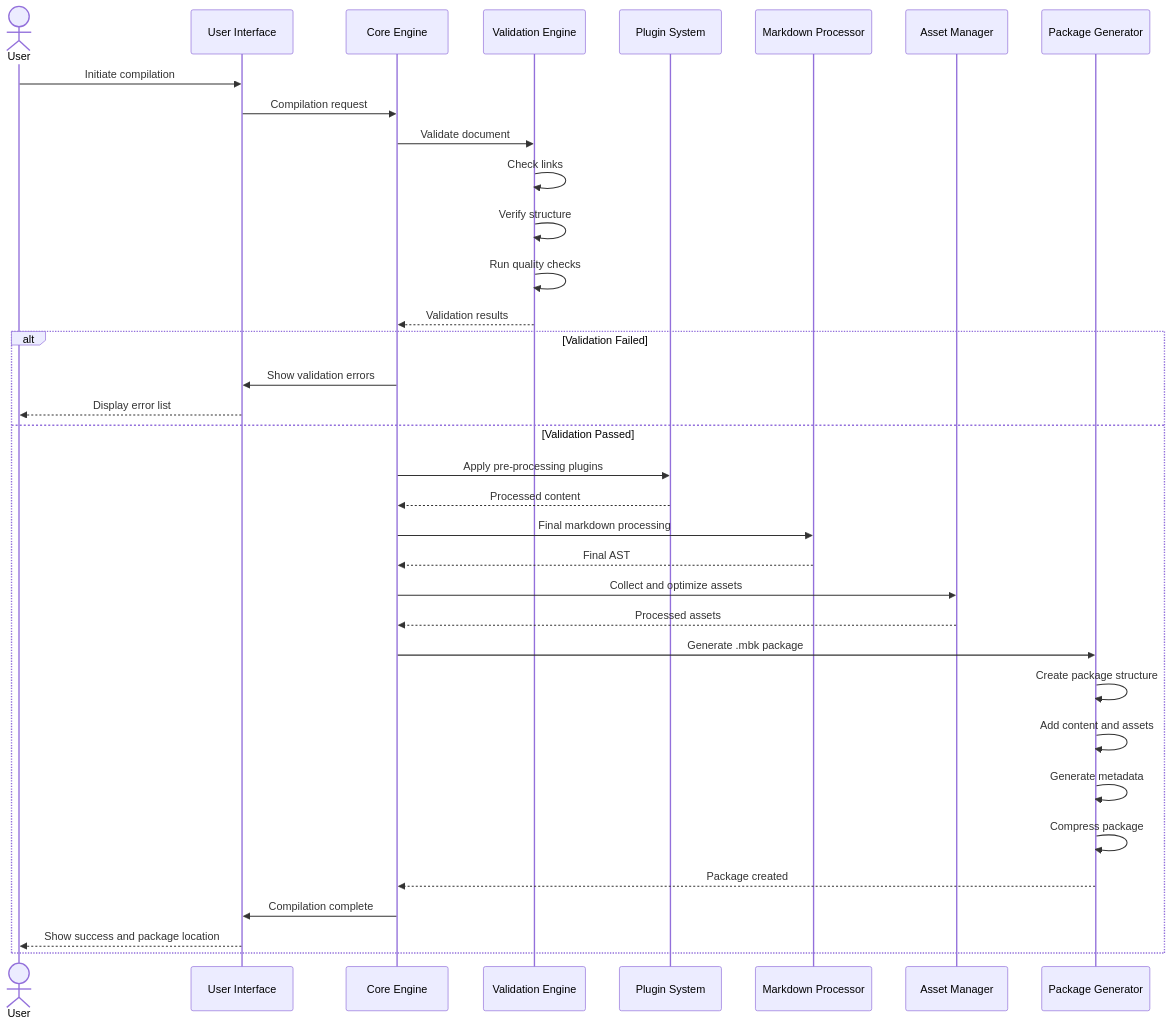
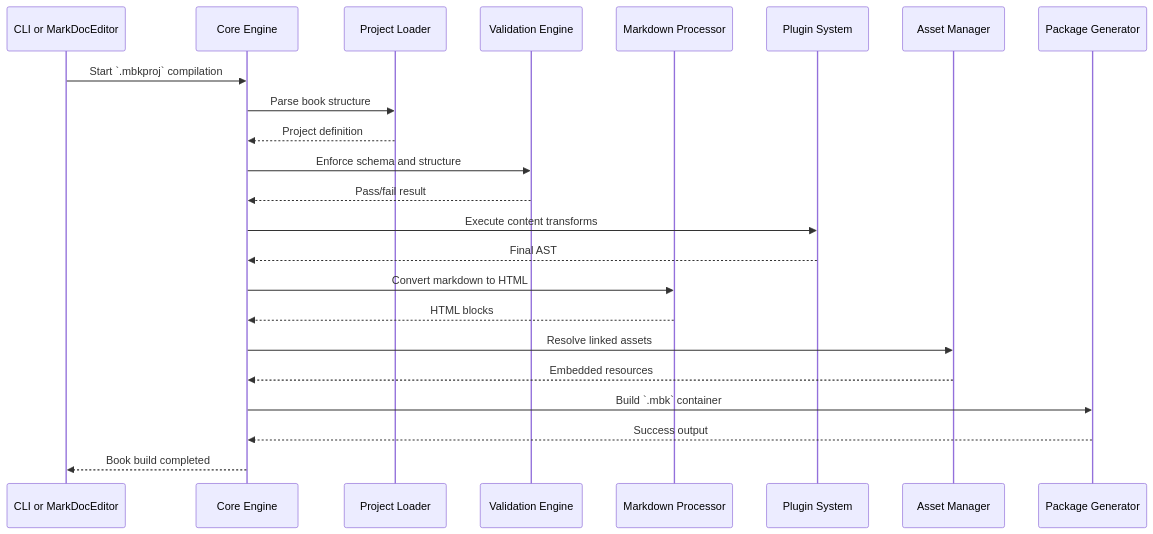
One commit to Cadtastic/MarkDocSuite changed the second of 3 diagrams in MarkDocCompiler/markdoccompiler-process-flows.md. Above: the diagram before and after it, drawn with Mermaid. The commit also changed other lines of this file and 26 other files, not shown here.

````diff
--- a/MarkDocCompiler/markdoccompiler-process-flows.md
+++ b/MarkDocCompiler/markdoccompiler-process-flows.md
@@ -41,44 +40,26 @@
 ```mermaid
 sequenceDiagram
-    actor User
-    participant UI as User Interface
-    participant Core as Core Engine
+    participant CLI as CLI or MarkDocEditor
+    participant Compiler as Core Engine
+    participant Loader as Project Loader
     participant Validator as Validation Engine
-    participant Plugin as Plugin System
-    participant MP as Markdown Processor
-    participant AM as Asset Manager
-    participant PG as Package Generator
-    
-    User->>UI: Initiate compilation
-    UI->>Core: Compilation request
-    
-    Core->>Validator: Validate document
-    Validator->>Validator: Check links
-    Validator->>Validator: Verify structure
-    Validator->>Validator: Run quality checks
-    Validator-->>Core: Validation results
-    
-    alt Validation Failed
-        Core->>UI: Show validation errors
-        UI-->>User: Display error list
-    else Validation Passed
-        Core->>Plugin: Apply pre-processing plugins
-        Plugin-->>Core: Processed content
-        
-        Core->>MP: Final markdown processing
-        MP-->>Core: Final AST
-        
-        Core->>AM: Collect and optimize assets
-        AM-->>Core: Processed assets
-        
-        Core->>PG: Generate .mbk package
-        PG->>PG: Create package structure
-        PG->>PG: Add content and assets
-        PG->>PG: Generate metadata
-        PG->>PG: Compress package
-        PG-->>Core: Package created
-        
-        Core->>UI: Compilation complete
-        UI-->>User: Show success and package location
-    end
+    participant Processor as Markdown Processor
+    participant Plugins as Plugin System
+    participant Assets as Asset Manager
+    participant Packager as Package Generator
+
+    CLI->>Compiler: Start `.mbkproj` compilation
+    Compiler->>Loader: Parse book structure
+    Loader-->>Compiler: Project definition
+    Compiler->>Validator: Enforce schema and structure
+    Validator-->>Compiler: Pass/fail result
+    Compiler->>Plugins: Execute content transforms
+    Plugins-->>Compiler: Final AST
+    Compiler->>Processor: Convert markdown to HTML
+    Processor-->>Compiler: HTML blocks
+    Compiler->>Assets: Resolve linked assets
+    Assets-->>Compiler: Embedded resources
+    Compiler->>Packager: Build `.mbk` container
+    Packager-->>Compiler: Success output
+    Compiler-->>CLI: Book build completed
 ```
````
